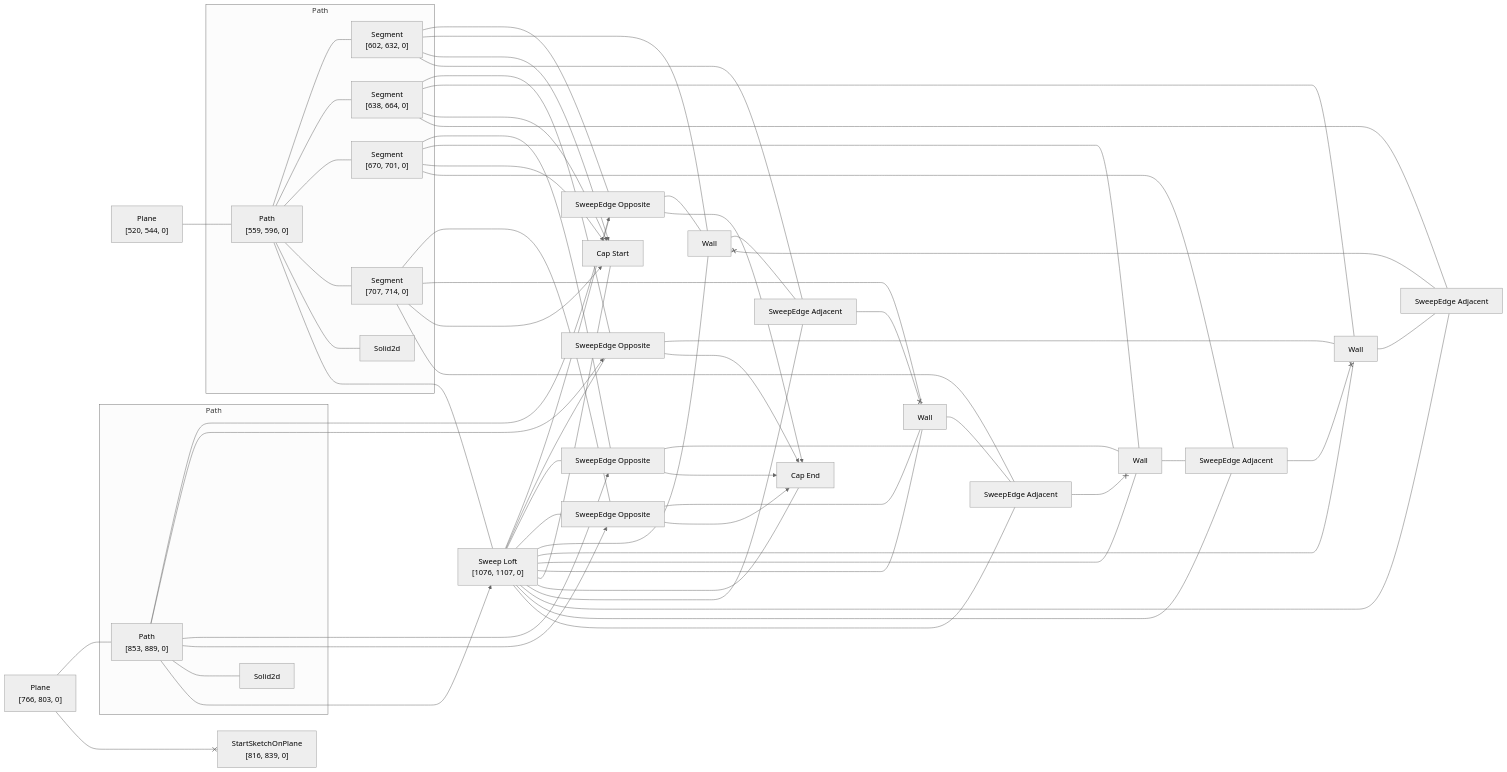
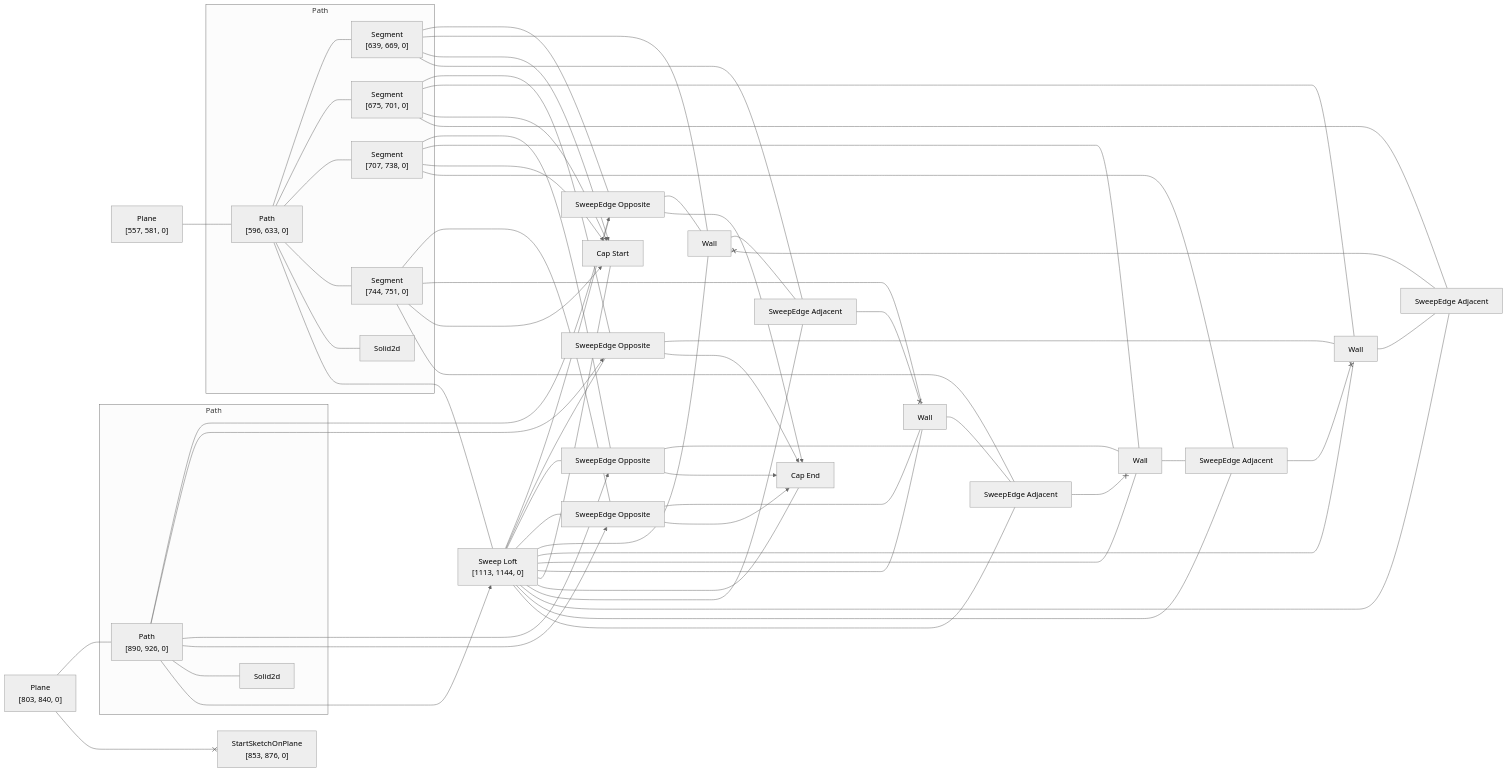
Before and after one commit to KittyCAD/modeling-app: the diagram in rust/kcl-lib/tests/kcl_samples/single-impeller-blade/artifact_graph_flowchart.snap.md, drawn with Mermaid (neutral theme). The commit also changed 319 other files, not shown here.

````diff
--- a/rust/kcl-lib/tests/kcl_samples/single-impeller-blade/artifact_graph_flowchart.snap.md
+++ b/rust/kcl-lib/tests/kcl_samples/single-impeller-blade/artifact_graph_flowchart.snap.md
@@ -1,32 +1,32 @@
 ```mermaid
 flowchart LR
   subgraph path2 [Path]
-    2["Path<br>[559, 596, 0]"]
+    2["Path<br>[596, 633, 0]"]
       %% [ProgramBodyItem { index: 6 }, VariableDeclarationDeclaration, VariableDeclarationInit, PipeBodyItem { index: 0 }]
-    3["Segment<br>[602, 632, 0]"]
+    3["Segment<br>[639, 669, 0]"]
       %% [ProgramBodyItem { index: 6 }, VariableDeclarationDeclaration, VariableDeclarationInit, PipeBodyItem { index: 1 }]
-    4["Segment<br>[638, 664, 0]"]
+    4["Segment<br>[675, 701, 0]"]
       %% [ProgramBodyItem { index: 6 }, VariableDeclarationDeclaration, VariableDeclarationInit, PipeBodyItem { index: 2 }]
-    5["Segment<br>[670, 701, 0]"]
+    5["Segment<br>[707, 738, 0]"]
       %% [ProgramBodyItem { index: 6 }, VariableDeclarationDeclaration, VariableDeclarationInit, PipeBodyItem { index: 3 }]
-    6["Segment<br>[707, 714, 0]"]
+    6["Segment<br>[744, 751, 0]"]
       %% [ProgramBodyItem { index: 6 }, VariableDeclarationDeclaration, VariableDeclarationInit, PipeBodyItem { index: 4 }]
     7[Solid2d]
   end
   subgraph path9 [Path]
-    9["Path<br>[853, 889, 0]"]
+    9["Path<br>[890, 926, 0]"]
       %% [ProgramBodyItem { index: 9 }, VariableDeclarationDeclaration, VariableDeclarationInit, PipeBodyItem { index: 0 }]
     14[Solid2d]
   end
-  1["Plane<br>[520, 544, 0]"]
+  1["Plane<br>[557, 581, 0]"]
     %% [ProgramBodyItem { index: 5 }, VariableDeclarationDeclaration, VariableDeclarationInit]
-  8["Plane<br>[766, 803, 0]"]
+  8["Plane<br>[803, 840, 0]"]
     %% [ProgramBodyItem { index: 7 }, VariableDeclarationDeclaration, VariableDeclarationInit]
   10["SweepEdge Opposite"]
   11["SweepEdge Opposite"]
   12["SweepEdge Opposite"]
   13["SweepEdge Opposite"]
-  15["Sweep Loft<br>[1076, 1107, 0]"]
+  15["Sweep Loft<br>[1113, 1144, 0]"]
     %% [ProgramBodyItem { index: 10 }, VariableDeclarationDeclaration, VariableDeclarationInit]
   16[Wall]
     %% face_code_ref=Missing NodePath
@@ -44,7 +44,7 @@
   23["SweepEdge Adjacent"]
   24["SweepEdge Adjacent"]
   25["SweepEdge Adjacent"]
-  26["StartSketchOnPlane<br>[816, 839, 0]"]
+  26["StartSketchOnPlane<br>[853, 876, 0]"]
     %% [ProgramBodyItem { index: 8 }, VariableDeclarationDeclaration, VariableDeclarationInit]
   1 --- 2
   2 --- 3
````
